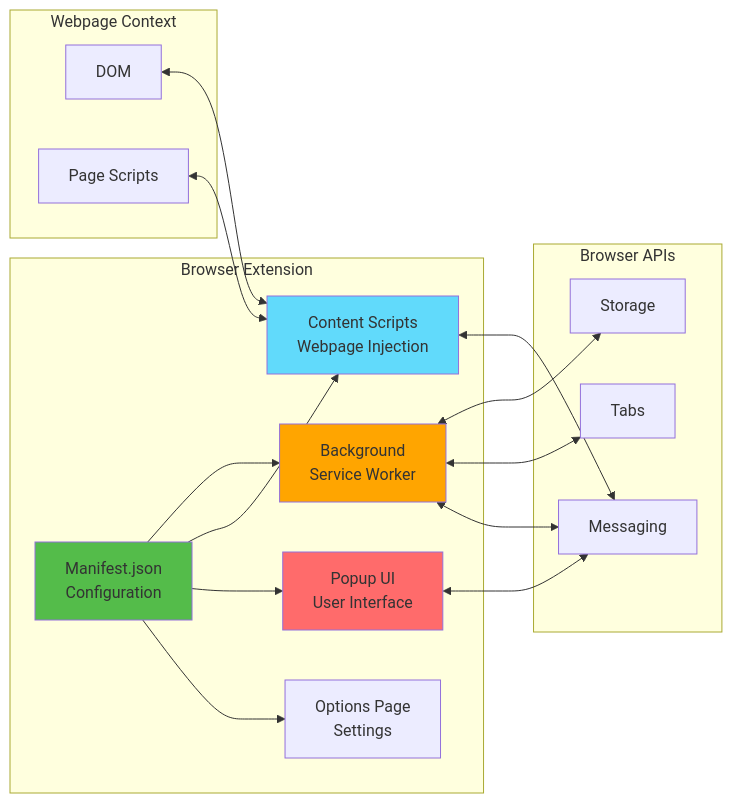
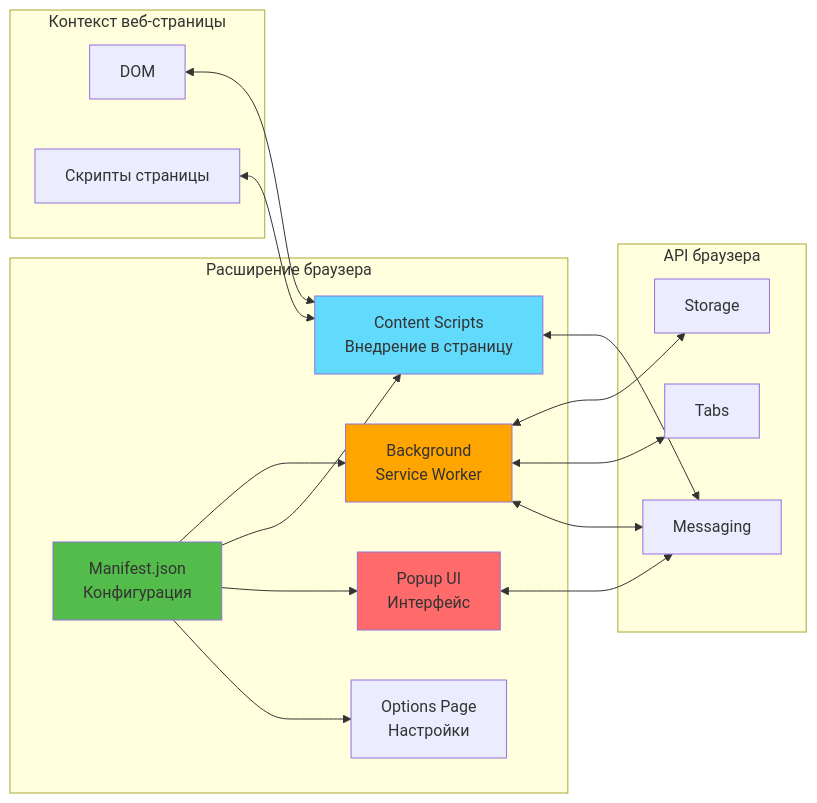
One commit to drunkody/textarea-fullscreen-extension changed the second of 3 diagrams in slides/00-intro-chrome-extensions.md. Above: the diagram before and after it, drawn with Mermaid. The commit also changed other lines of this file and 22 other files, not shown here.

````diff
--- a/slides/00-intro-chrome-extensions.md
+++ b/slides/00-intro-chrome-extensions.md
@@ -141,27 +141,27 @@
 ```mermaid
 graph LR
-    subgraph "Browser Extension"
-        A[Manifest.json<br/>Configuration] --> B[Background<br/>Service Worker]
-        A --> C[Content Scripts<br/>Webpage Injection]
-        A --> D[Popup UI<br/>User Interface]
-        A --> E[Options Page<br/>Settings]
+    subgraph "Расширение браузера"
+        A[Manifest.json<br/>Конфигурация] --> B[Background<br/>Service Worker]
+        A --> C[Content Scripts<br/>Внедрение в страницу]
+        A --> D[Popup UI<br/>Интерфейс]
+        A --> E[Options Page<br/>Настройки]
     end
     
-    subgraph "Webpage Context"
+    subgraph "Контекст веб-страницы"
         F[DOM] <--> C
-        G[Page Scripts] <--> C
+        G[Скрипты страницы] <--> C
     end
     
-    subgraph "Browser APIs"
+    subgraph "API браузера"
         B <--> H[Storage]
         B <--> I[Tabs]
         B <--> J[Messaging]
         C <--> J
         D <--> J
     end
     
     style A fill:#54bc4a
     style B fill:#ffa500
     style C fill:#61dafb
     style D fill:#ff6b6b
 ```
````
